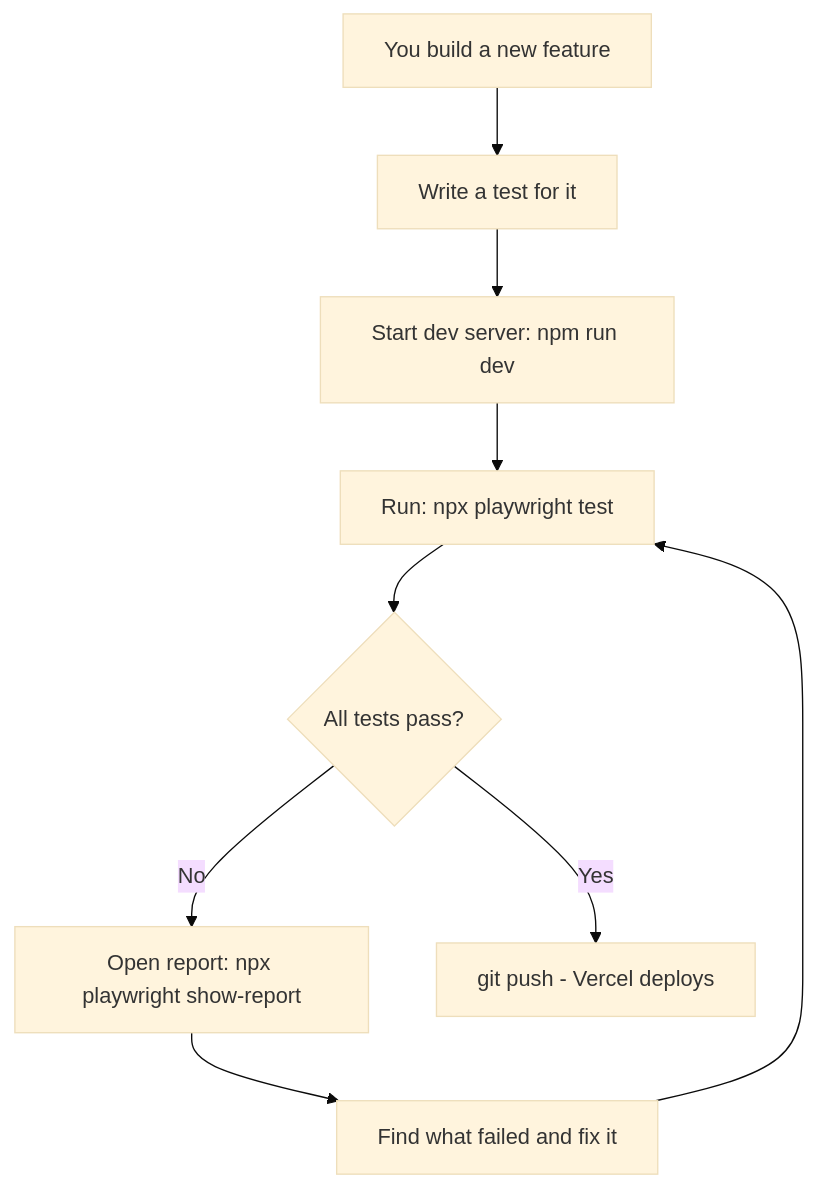
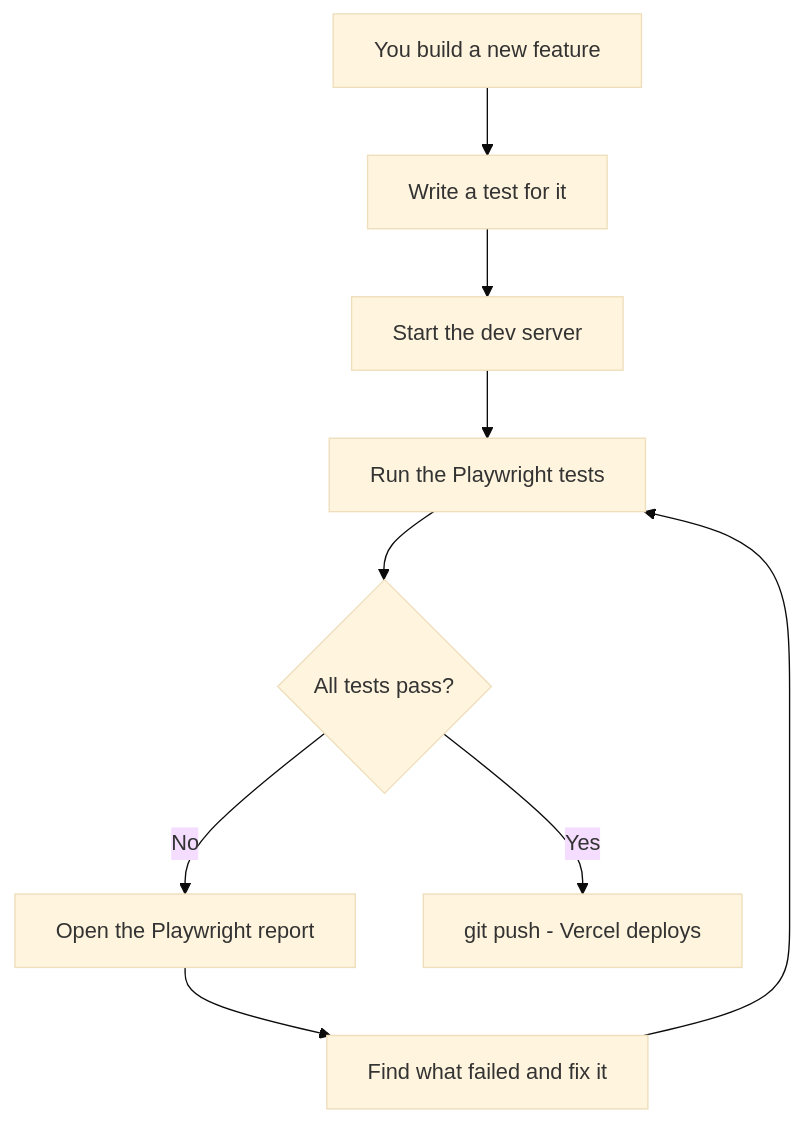
The fifth of 5 diagrams in learning/10-playwright-testing.md (wongjinar-ai/expample), drawn with Mermaid (base theme) before and after one commit. The commit also changed other lines of this file and 24 other files, not shown here.

````diff
--- a/learning/10-playwright-testing.md
+++ b/learning/10-playwright-testing.md
@@ -319,15 +319,15 @@
 ```mermaid
 flowchart TD
     Feature[You build a new feature]
     WriteTest[Write a test for it]
-    RunDev[Start dev server: npm run dev]
-    RunTest[Run: npx playwright test]
+    RunDev[Start the dev server]
+    RunTest[Run the Playwright tests]
     Pass{All tests pass?}
-    Debug[Open report: npx playwright show-report]
+    Debug[Open the Playwright report]
     FindBug[Find what failed and fix it]
     Push[git push - Vercel deploys]
 
     Feature --> WriteTest --> RunDev --> RunTest --> Pass
     Pass -->|No| Debug --> FindBug --> RunTest
     Pass -->|Yes| Push
 ```
````
